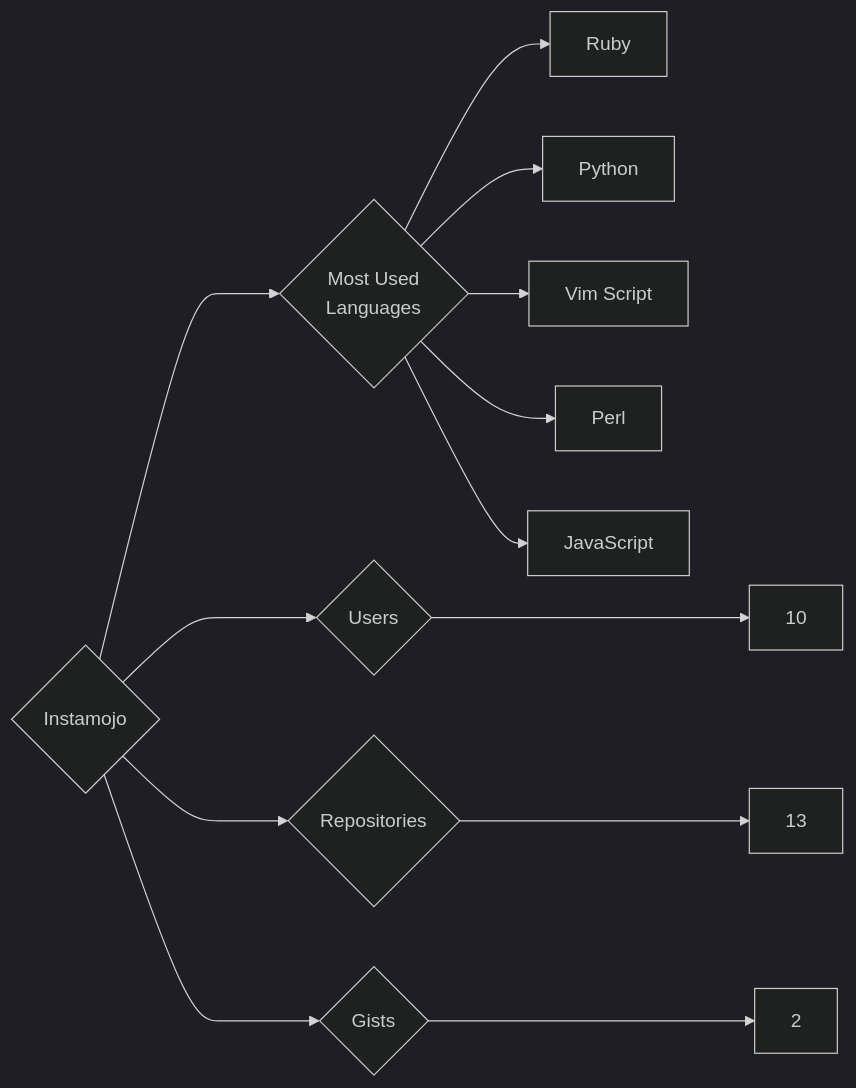
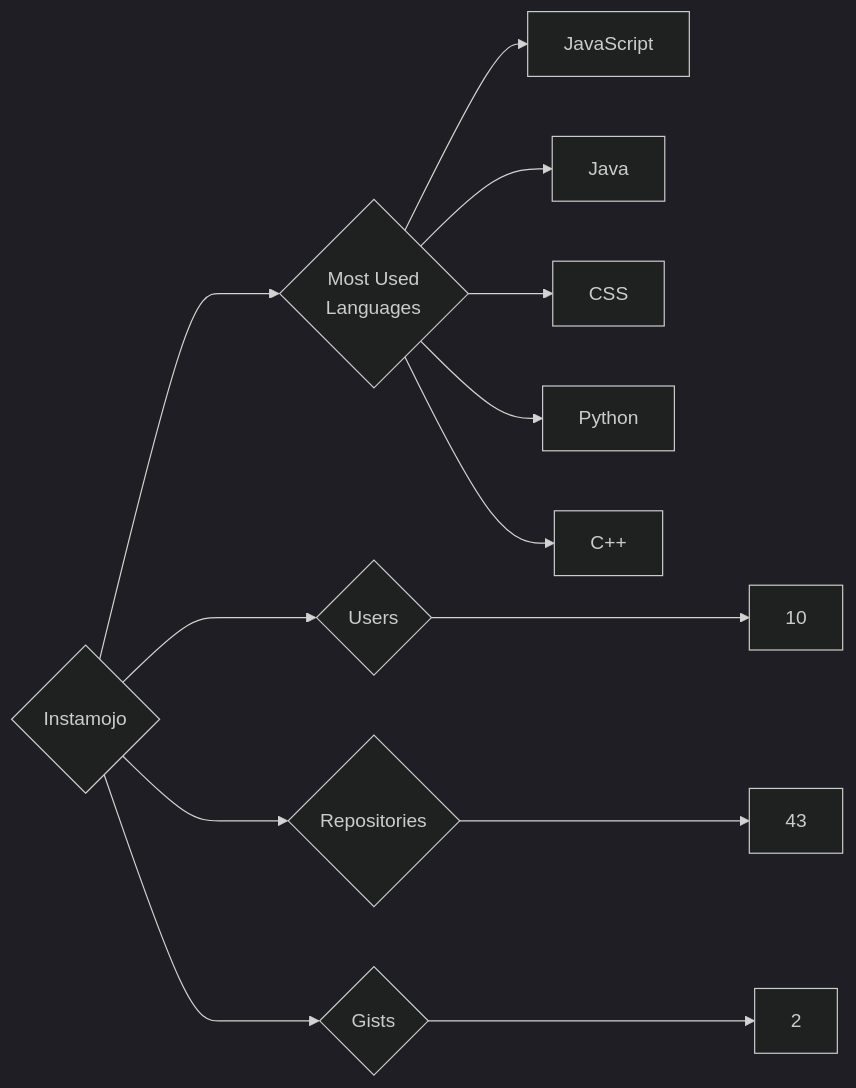
One commit to trickest/insiders changed the diagram in targets/Instamojo/README.md. Above: the diagram before and after it, drawn with Mermaid (dark theme). The commit also changed 1092 other files, not shown here.

````diff
--- a/targets/Instamojo/README.md
+++ b/targets/Instamojo/README.md
@@ -3,13 +3,13 @@
 ```mermaid
 graph LR
 COMPANY_NAME{Instamojo}
 COMPANY_NAME ---> U{Users} ---> UN[10]
-COMPANY_NAME ---> R{Repositories} ---> RN[13]
+COMPANY_NAME ---> R{Repositories} ---> RN[43]
 COMPANY_NAME ---> G{Gists} ---> GN[2]
 COMPANY_NAME ---> ML{Most Used<br>Languages}
-ML --> Ruby[Ruby]
+ML --> JavaScript[JavaScript]
+ML --> Java[Java]
+ML --> CSS[CSS]
 ML --> Python[Python]
-ML --> Vim_Script[Vim Script]
-ML --> Perl[Perl]
-ML --> JavaScript[JavaScript]
+ML --> C++[C++]
 ```
````
